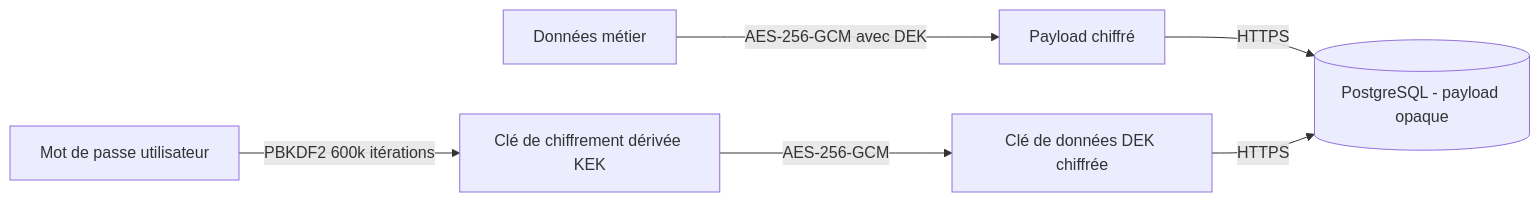
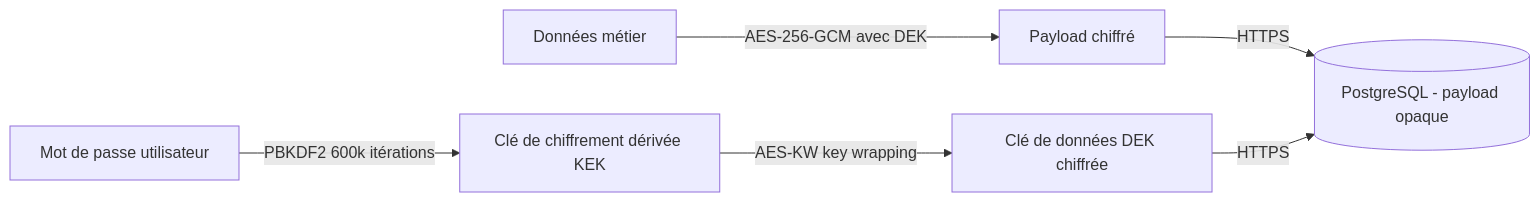
Before and after one commit to j-ned/ng-dashflow-app: the first of 2 diagrams in README.md, drawn with Mermaid. The commit also changed other lines of this file and 1 other file, not shown here.

First line of the commit message:
docs(security): update README to reflect PBKDF2 iteration increase and AES-KW usage

````diff
--- a/README.md
+++ b/README.md
@@ -102,8 +102,8 @@
 ```mermaid
 graph LR
   A[Mot de passe utilisateur] -->|PBKDF2 600k itérations| B[Clé de chiffrement dérivée KEK]
-  B -->|AES-256-GCM| C[Clé de données DEK chiffrée]
+  B -->|AES-KW key wrapping| C[Clé de données DEK chiffrée]
   D[Données métier] -->|AES-256-GCM avec DEK| E[Payload chiffré]
   E -->|HTTPS| F[(PostgreSQL - payload opaque)]
   C -->|HTTPS| F
 ```
````
